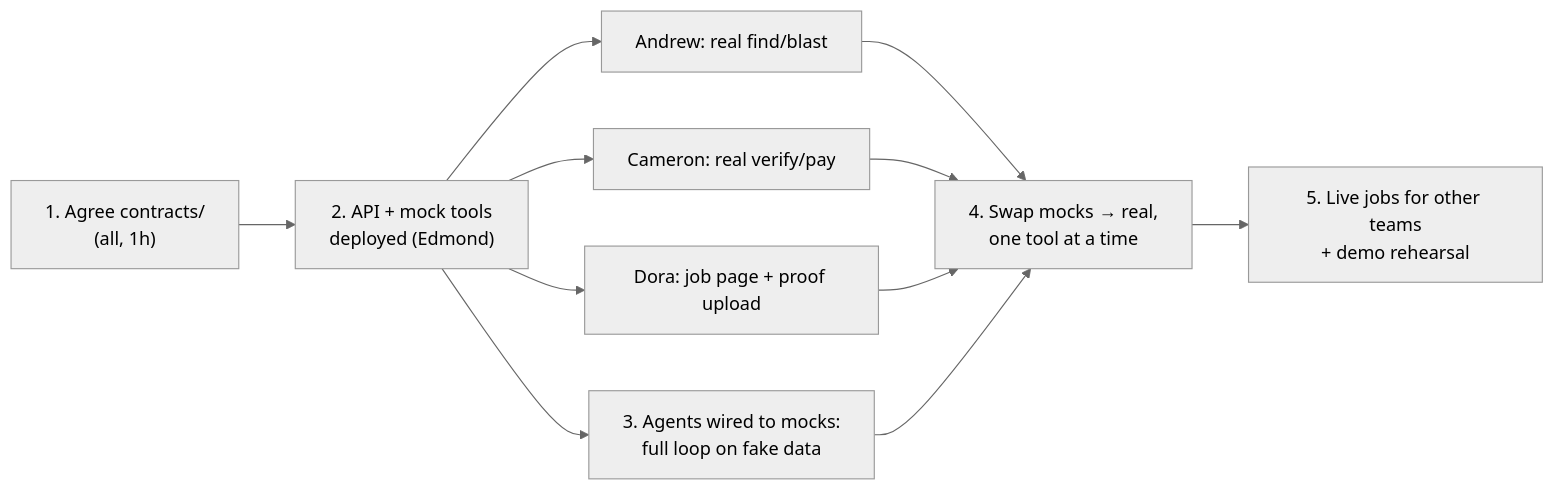
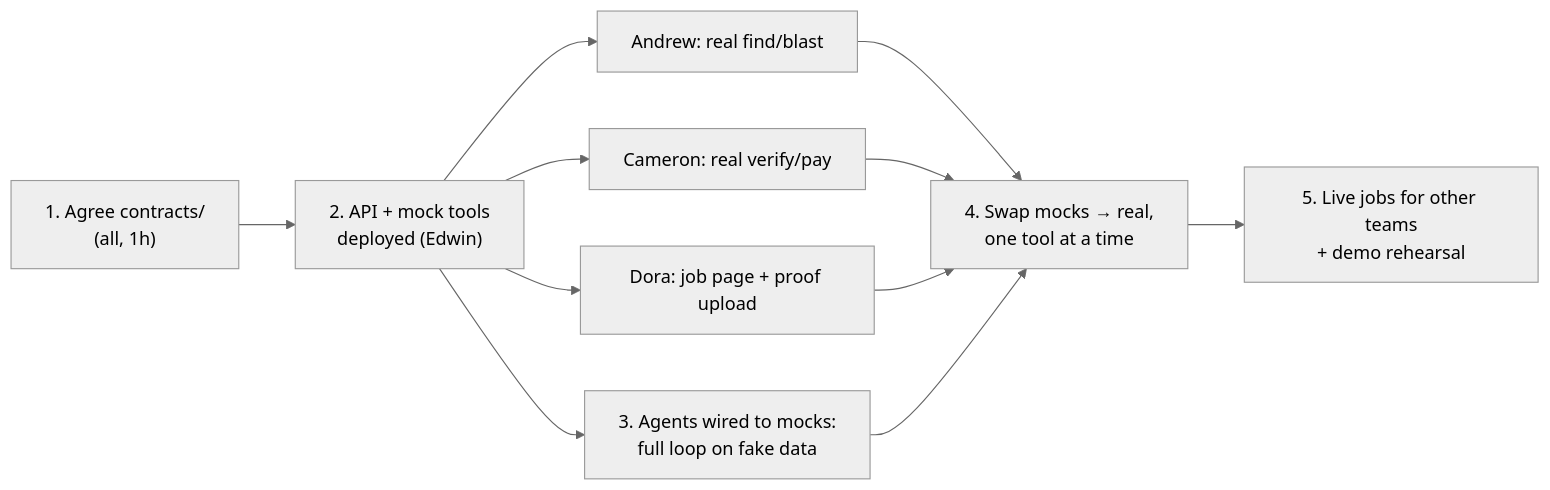
One commit to cubic1M/Naive-Autonomous-Company-Hackathon-Project changed the fourth of 4 diagrams in docs/FLOW.md. Above: the diagram before and after it, drawn with Mermaid (neutral theme). The commit also changed other lines of this file and 5 other files, not shown here.

Commit message:
Fix teammate name: Edwin, not Edmond

````diff
--- a/docs/FLOW.md
+++ b/docs/FLOW.md
@@ -239,13 +239,13 @@
 ```mermaid
 flowchart LR
-    A["1. Agree contracts/<br/>(all, 1h)"] --> B["2. API + mock tools<br/>deployed (Edmond)"]
+    A["1. Agree contracts/<br/>(all, 1h)"] --> B["2. API + mock tools<br/>deployed (Edwin)"]
     B --> C["3. Agents wired to mocks:<br/>full loop on fake data"]
     B --> D["Andrew: real find/blast"]
     B --> E["Cameron: real verify/pay"]
     B --> F["Dora: job page + proof upload"]
     D --> G["4. Swap mocks → real,<br/>one tool at a time"]
     E --> G
     F --> G
     C --> G
     G --> H["5. Live jobs for other teams<br/>+ demo rehearsal"]
 ```
````
